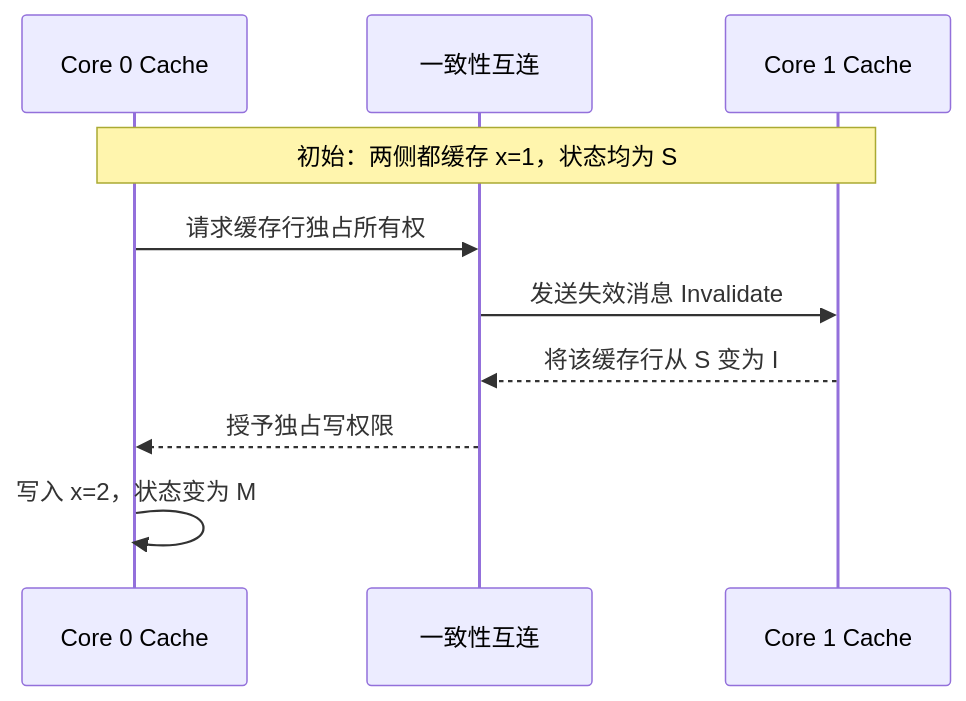
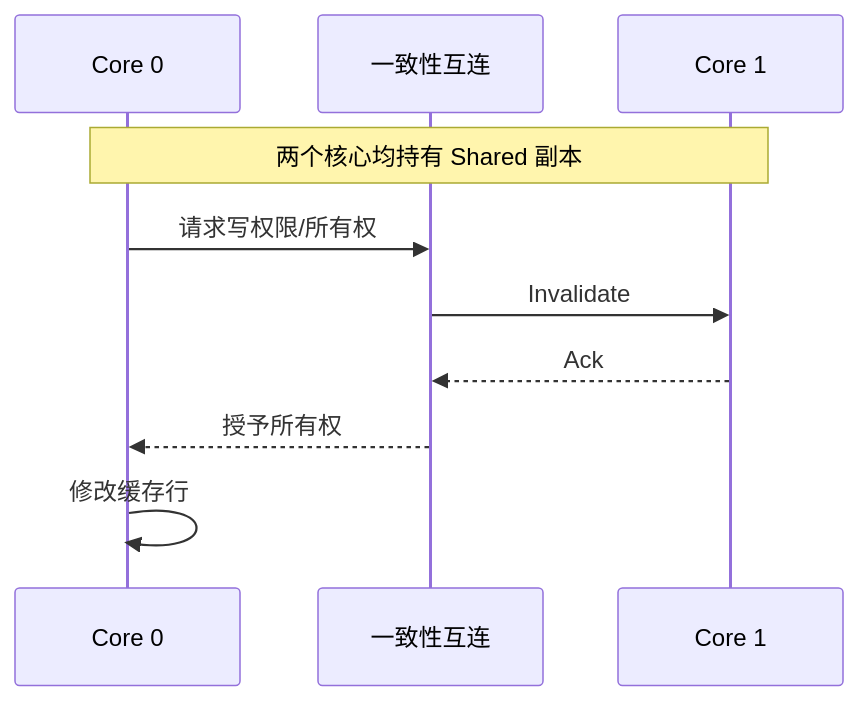
One commit to Fizgrad/fizgrad.github.io changed diagram 25 of 36 in blog/os_review.md. Above: the diagram before and after it, drawn with Mermaid. The commit also changed other lines of this file and 1 other file, not shown here.

````diff
--- a/blog/os_review.md
+++ b/blog/os_review.md
@@ -3796,13 +3992,13 @@
 ```mermaid
 sequenceDiagram
-    participant C0 as Core 0 Cache
-    participant Bus as 一致性互连
-    participant C1 as Core 1 Cache
+    participant C0 as Core 0
+    participant I as 一致性互连
+    participant C1 as Core 1
 
-    Note over C0,C1: 初始：两侧都缓存 x=1，状态均为 S
-    C0->>Bus: 请求缓存行独占所有权
-    Bus->>C1: 发送失效消息 Invalidate
-    C1-->>Bus: 将该缓存行从 S 变为 I
-    Bus-->>C0: 授予独占写权限
-    C0->>C0: 写入 x=2，状态变为 M
+    Note over C0,C1: 两个核心均持有 Shared 副本
+    C0->>I: 请求写权限/所有权
+    I->>C1: Invalidate
+    C1-->>I: Ack
+    I-->>C0: 授予所有权
+    C0->>C0: 修改缓存行
 ```
````
